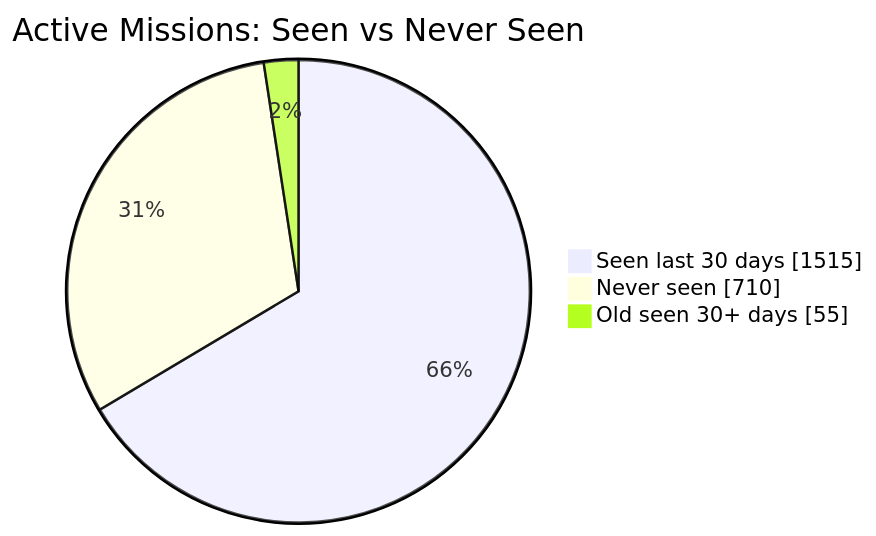
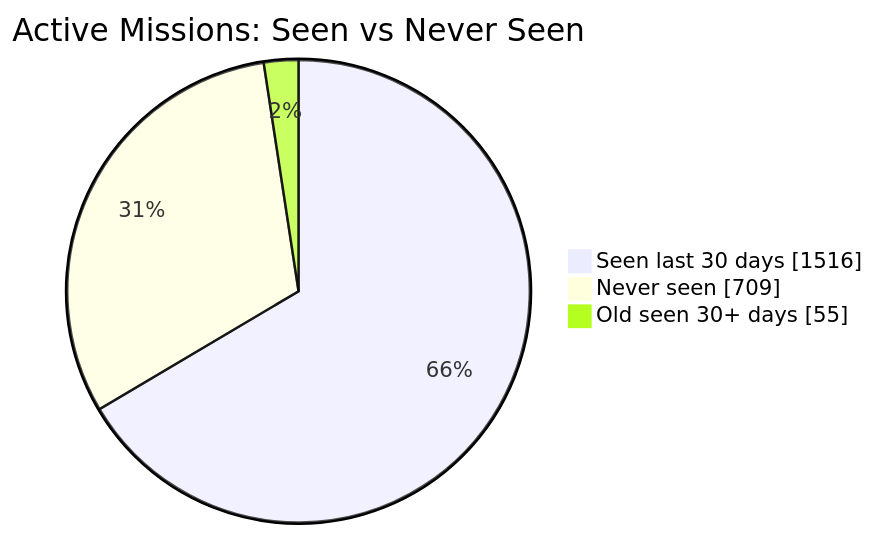
One commit to MeldkamerspelGameTeam/active-missions changed the first of 2 diagrams in README.md. Above: the diagram before and after it, drawn with Mermaid. The commit also changed other lines of this file and 2 other files, not shown here.

````diff
--- a/README.md
+++ b/README.md
@@ -34,7 +34,7 @@
 ```mermaid
 pie showData
     title Active Missions: Seen vs Never Seen
-    "Seen last 30 days" : 1515
-    "Never seen" : 710
+    "Seen last 30 days" : 1516
+    "Never seen" : 709
     "Old seen 30+ days" : 55
 ```
````
